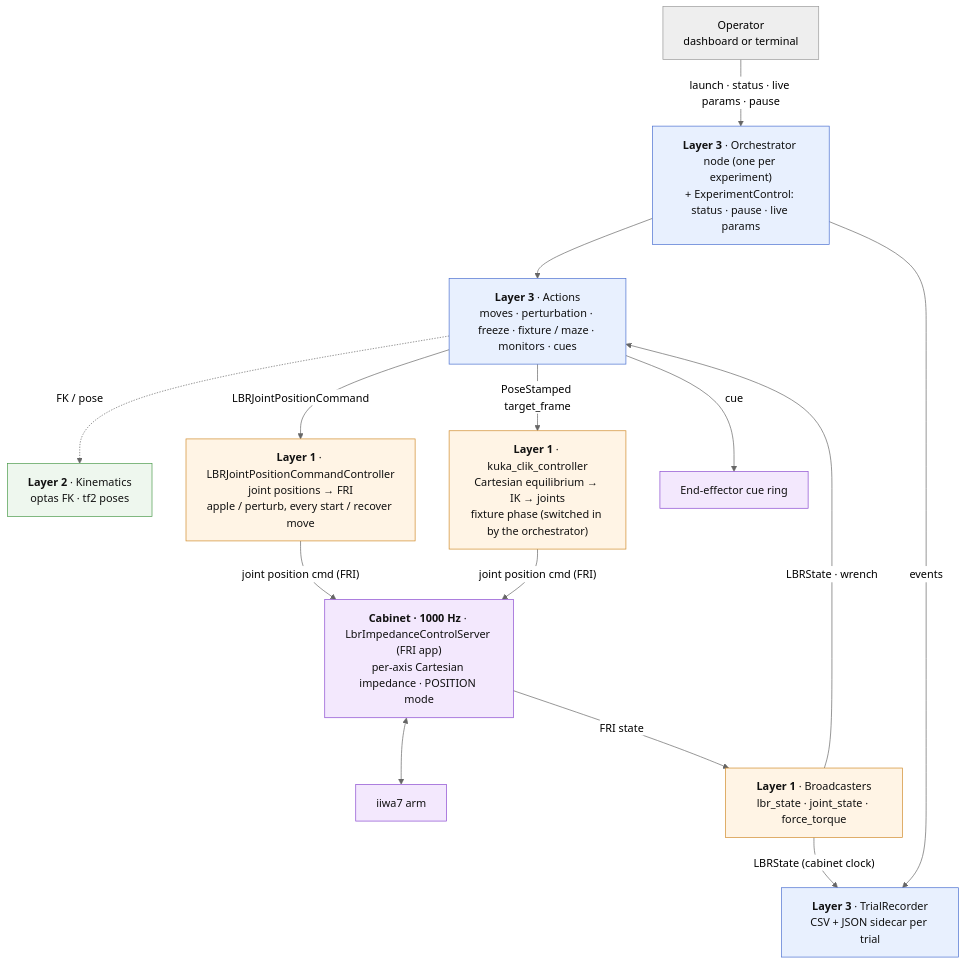
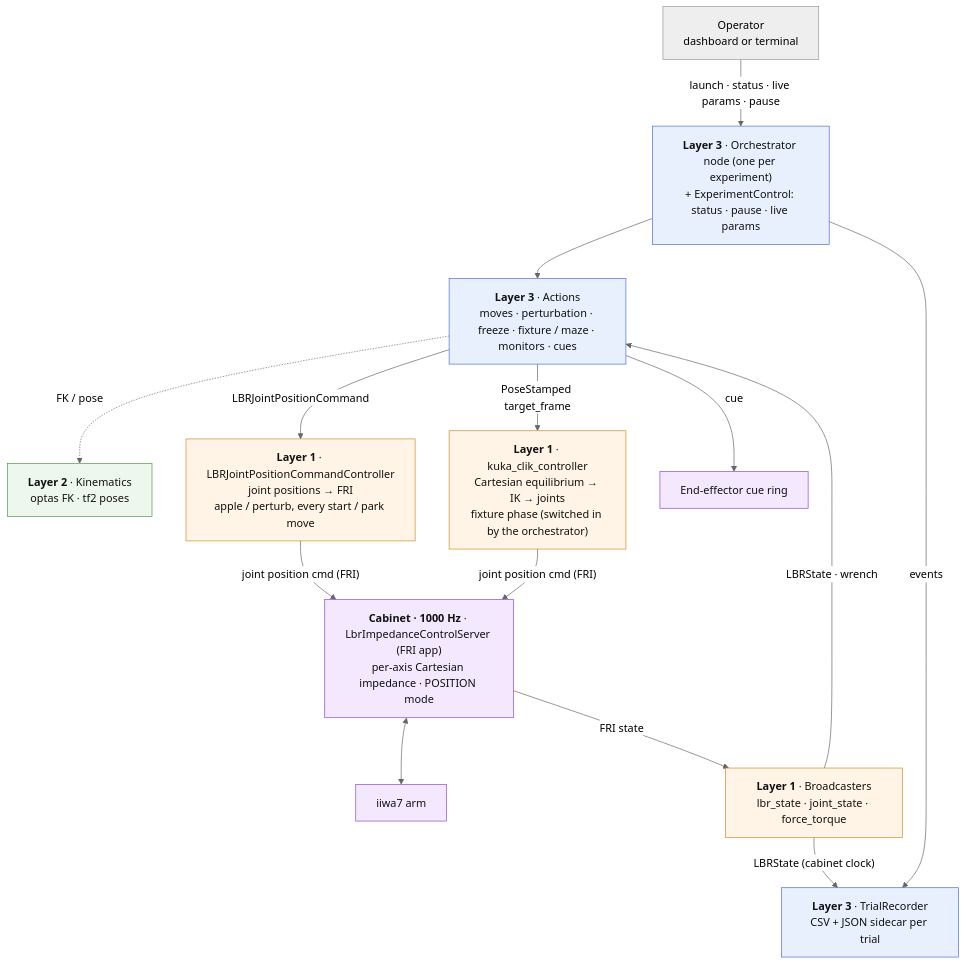
One commit to sinthlab/sinthlab-kuka-stack changed the first of 10 diagrams in README.md. Above: the diagram before and after it, drawn with Mermaid (neutral theme). The commit also changed other lines of this file and 25 other files, not shown here.

Commit message:
move to park position between trials

````diff
--- a/README.md
+++ b/README.md
@@ -1316,37 +1317,37 @@
 ```mermaid
 flowchart TB
     OPS["Operator<br/>dashboard or terminal"]
     ORCH["<b>Layer 3</b> · Orchestrator node (one per experiment)<br/>+ ExperimentControl: status · pause · live params"]
     ACT["<b>Layer 3</b> · Actions<br/>moves · perturbation · freeze · fixture / maze · monitors · cues"]
     REC["<b>Layer 3</b> · TrialRecorder<br/>CSV + JSON sidecar per trial"]
     KIN["<b>Layer 2</b> · Kinematics<br/>optas FK · tf2 poses"]
-    JPC["<b>Layer 1</b> · LBRJointPositionCommandController<br/>joint positions → FRI<br/>apple / perturb, every start / recover move"]
+    JPC["<b>Layer 1</b> · LBRJointPositionCommandController<br/>joint positions → FRI<br/>apple / perturb, every start / park move"]
     CLIK["<b>Layer 1</b> · kuka_clik_controller<br/>Cartesian equilibrium → IK → joints<br/>fixture phase (switched in by the orchestrator)"]
     EE["End-effector cue ring"]
     APP["<b>Cabinet · 1000 Hz</b> · LbrImpedanceControlServer (FRI app)<br/>per-axis Cartesian impedance · POSITION mode"]
     ARM["iiwa7 arm"]
     BCAST["<b>Layer 1</b> · Broadcasters<br/>lbr_state · joint_state · force_torque"]
 
     OPS -- "launch · status · live params · pause" --> ORCH
     ORCH --> ACT
     ORCH -- "events" --> REC
     ACT -. "FK / pose" .-> KIN
     ACT -- "LBRJointPositionCommand" --> JPC
     ACT -- "PoseStamped target_frame" --> CLIK
     ACT -- "cue" --> EE
     JPC -- "joint position cmd (FRI)" --> APP
     CLIK -- "joint position cmd (FRI)" --> APP
     APP <--> ARM
     APP -- "FRI state" --> BCAST
     BCAST -- "LBRState · wrench" --> ACT
     BCAST -- "LBRState (cabinet clock)" --> REC
 
     classDef l3 fill:#e8f0fe,stroke:#4a6fd0,color:#111
     classDef l2 fill:#eef7ee,stroke:#4a9a4a,color:#111
     classDef l1 fill:#fff4e5,stroke:#d08a2a,color:#111
     classDef hw fill:#f3e8fd,stroke:#8a4ad0,color:#111
     class ORCH,ACT,REC l3
     class KIN l2
     class JPC,CLIK,BCAST l1
     class APP,ARM,EE hw
 ```
````
